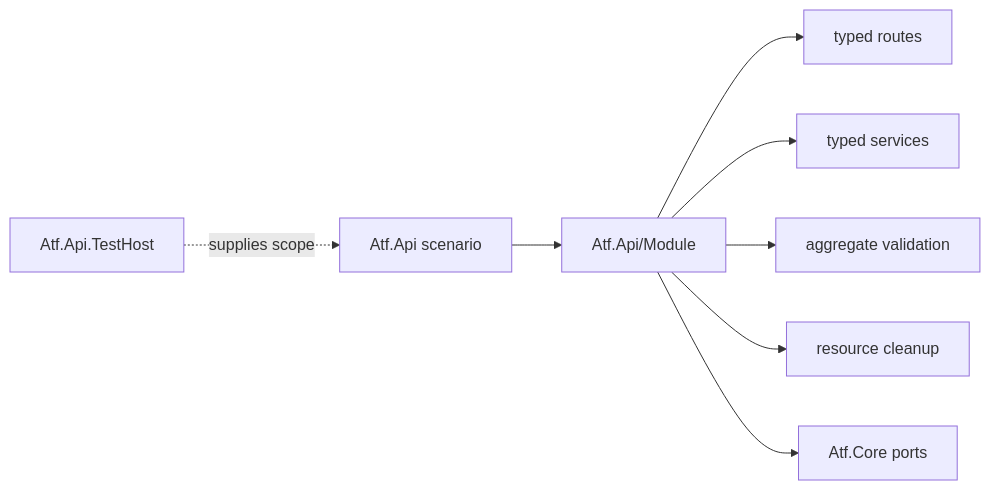
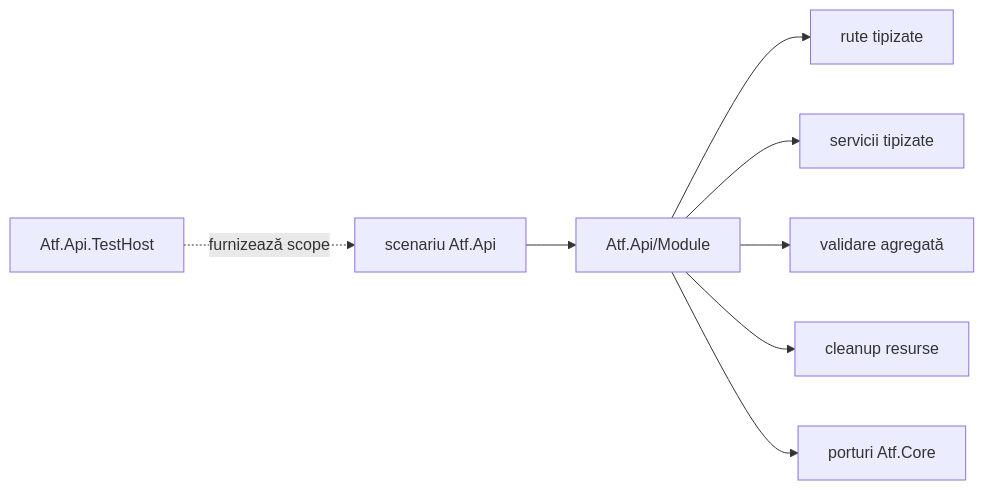
The diagram in Atf.Api/Module/README.md (crististefanita/CS1), drawn with Mermaid before and after one commit. The commit also changed other lines of this file and 109 other files, not shown here.

````diff
--- a/Atf.Api/Module/README.md
+++ b/Atf.Api/Module/README.md
@@ -9,10 +12,10 @@
 ```mermaid
 flowchart LR
-    Scenario[Atf.Api scenario] --> Module[Atf.Api/Module]
-    Module --> Routes[typed routes]
-    Module --> Services[typed services]
-    Module --> Validation[aggregate validation]
-    Module --> Cleanup[resource cleanup]
-    Module --> Core[Atf.Core ports]
-    Host[Atf.Api.TestHost] -. supplies scope .-> Scenario
+    Scenario[scenariu Atf.Api] --> Module[Atf.Api/Module]
+    Module --> Routes[rute tipizate]
+    Module --> Services[servicii tipizate]
+    Module --> Validation[validare agregată]
+    Module --> Cleanup[cleanup resurse]
+    Module --> Core[porturi Atf.Core]
+    Host[Atf.Api.TestHost] -. furnizează scope .-> Scenario
 ```
````
